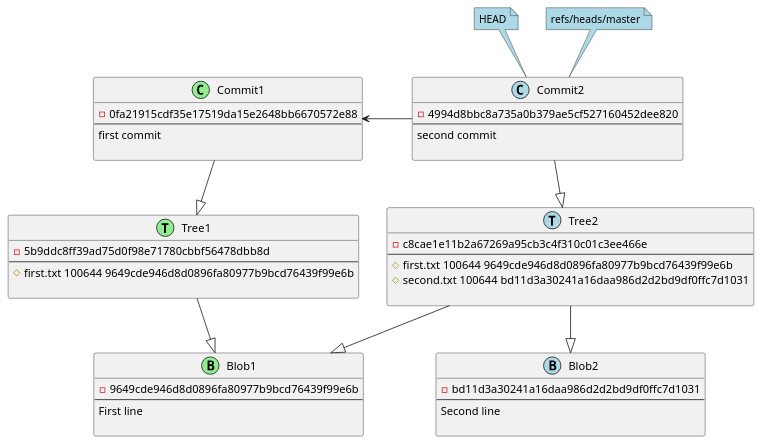
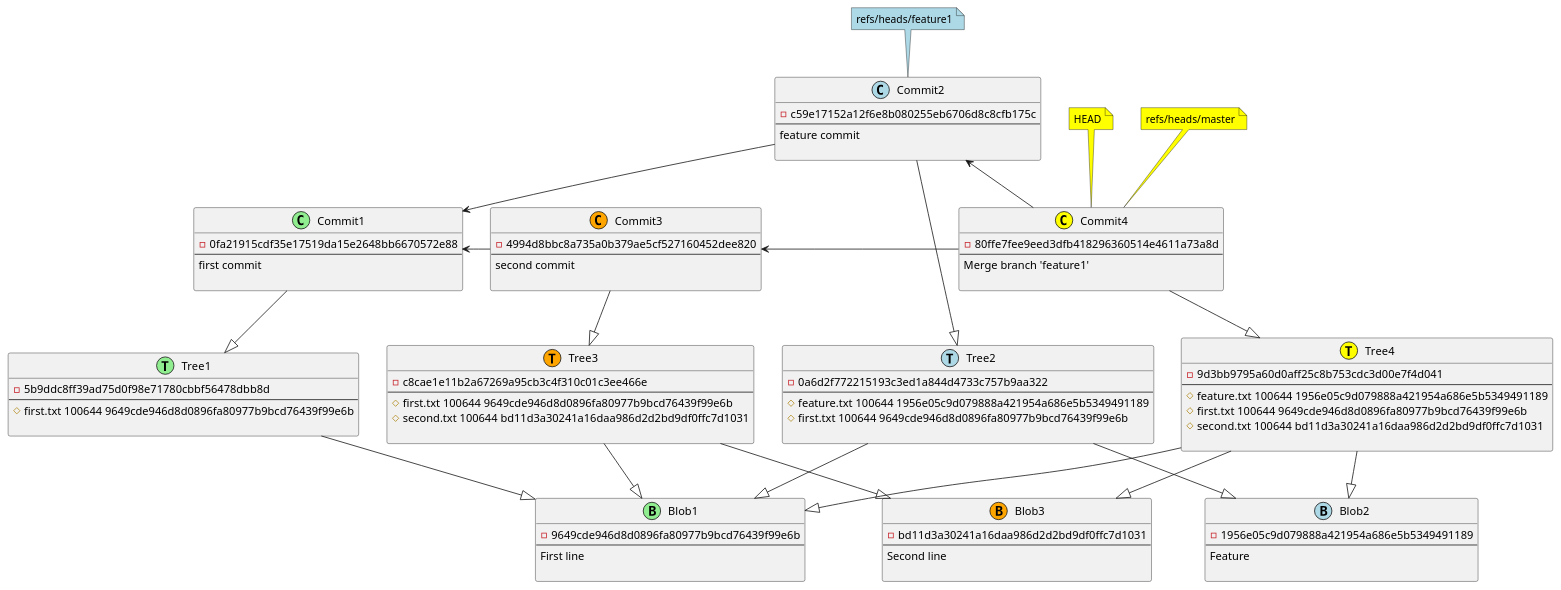
One commit to tsypuk/git2plantuml changed the diagram in src/main/resources/diagram.adoc. Above: the diagram before and after it, drawn with PlantUML. The commit also changed 7 other files, not shown here.

```diff
--- a/src/main/resources/diagram.adoc
+++ b/src/main/resources/diagram.adoc
@@ -1,10 +1,22 @@
 [plantuml, commit,png, title=commit action, width=1000, height=1000]
 ....
 
-class Commit2 <<(C,lightblue)>> {
+class Commit4 <<(C,yellow)>> {
+-80ffe7fee9eed3dfb418296360514e4611a73a8d
+--
+Merge branch 'feature1'
+
+}
+class Commit3 <<(C,orange)>> {
 -4994d8bbc8a735a0b379ae5cf527160452dee820
 --
 second commit
+
+}
+class Commit2 <<(C,lightblue)>> {
+-c59e17152a12f6e8b080255eb6706d8c8cfb175c
+--
+feature commit
 
 }
 class Commit1 <<(C,lightgreen)>> {
@@ -13,11 +25,26 @@
 first commit
 
 }
-class Tree2 <<(T,lightblue)>> {
+class Tree4 <<(T,yellow)>> {
+-9d3bb9795a60d0aff25c8b753cdc3d00e7f4d041
+--
+# feature.txt 100644 1956e05c9d079888a421954a686e5b5349491189
+# first.txt 100644 9649cde946d8d0896fa80977b9bcd76439f99e6b
+# second.txt 100644 bd11d3a30241a16daa986d2d2bd9df0ffc7d1031
+
+}
+class Tree3 <<(T,orange)>> {
 -c8cae1e11b2a67269a95cb3c4f310c01c3ee466e
 --
 # first.txt 100644 9649cde946d8d0896fa80977b9bcd76439f99e6b
 # second.txt 100644 bd11d3a30241a16daa986d2d2bd9df0ffc7d1031
+
+}
+class Tree2 <<(T,lightblue)>> {
+-0a6d2f772215193c3ed1a844d4733c757b9aa322
+--
+# feature.txt 100644 1956e05c9d079888a421954a686e5b5349491189
+# first.txt 100644 9649cde946d8d0896fa80977b9bcd76439f99e6b
 
 }
 class Tree1 <<(T,lightgreen)>> {
@@ -26,25 +53,42 @@
 # first.txt 100644 9649cde946d8d0896fa80977b9bcd76439f99e6b
 
 }
+class Blob2 <<(B,lightblue)>> {
+-1956e05c9d079888a421954a686e5b5349491189
+--
+Feature
+
+}
 class Blob1 <<(B,lightgreen)>> {
 -9649cde946d8d0896fa80977b9bcd76439f99e6b
 --
 First line
 
 }
-class Blob2 <<(B,lightblue)>> {
+class Blob3 <<(B,orange)>> {
 -bd11d3a30241a16daa986d2d2bd9df0ffc7d1031
 --
 Second line
 
 }
+Commit4 --|> Tree4
+Commit3 --|> Tree3
 Commit2 --|> Tree2
 Commit1 --|> Tree1
+Tree4 --|> Blob2
+Tree4 --|> Blob1
+Tree4 --|> Blob3
+Tree3 --|> Blob1
+Tree3 --|> Blob3
+Tree2 --|> Blob2
 Tree2 --|> Blob1
-Tree2 --|> Blob2
 Tree1 --|> Blob1
-Commit2 -l-> Commit1
-note top of Commit2 #lightblue : HEAD
-note top of Commit2 #lightblue : refs/heads/master
+Commit4 -l-> Commit2
+Commit4 -l-> Commit3
+Commit2 -d-> Commit1
+Commit3 -l-> Commit1
+note top of Commit4 #yellow : HEAD
+note top of Commit2 #lightblue : refs/heads/feature1
+note top of Commit4 #yellow : refs/heads/master
 
 ....
```
